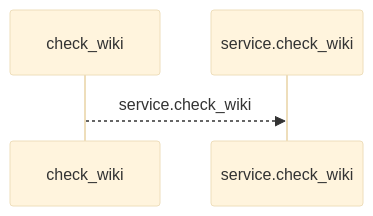
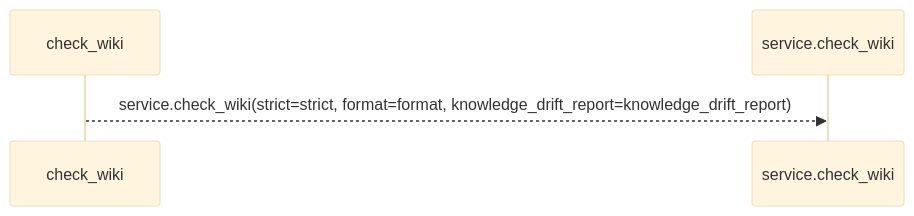
The first of 2 diagrams in docs/llm_wiki/flows/mcp-check_wiki.md (Denissvgn/python-wiki-llm), drawn with Mermaid (base theme) before and after one commit. The commit also changed other lines of this file and 1410 other files, not shown here.

````diff
--- a/docs/llm_wiki/flows/mcp-check_wiki.md
+++ b/docs/llm_wiki/flows/mcp-check_wiki.md
@@ -10,6 +12,6 @@
 ```mermaid
 sequenceDiagram
     participant p0 as check_wiki
     participant p1 as service.check_wiki
-    p0-->>p1: service.check_wiki
+    p0-->>p1: service.check_wiki(strict=strict, format=format, knowledge_drift_report=knowledge_drift_report)
 ```
````
